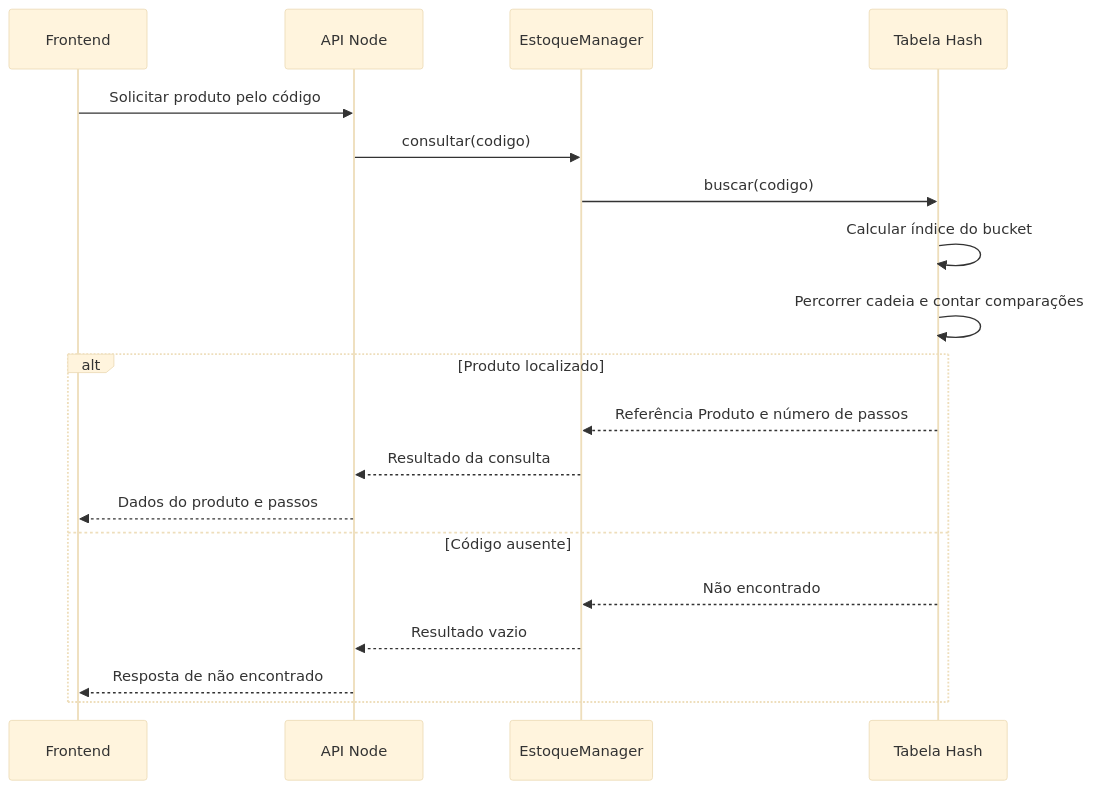
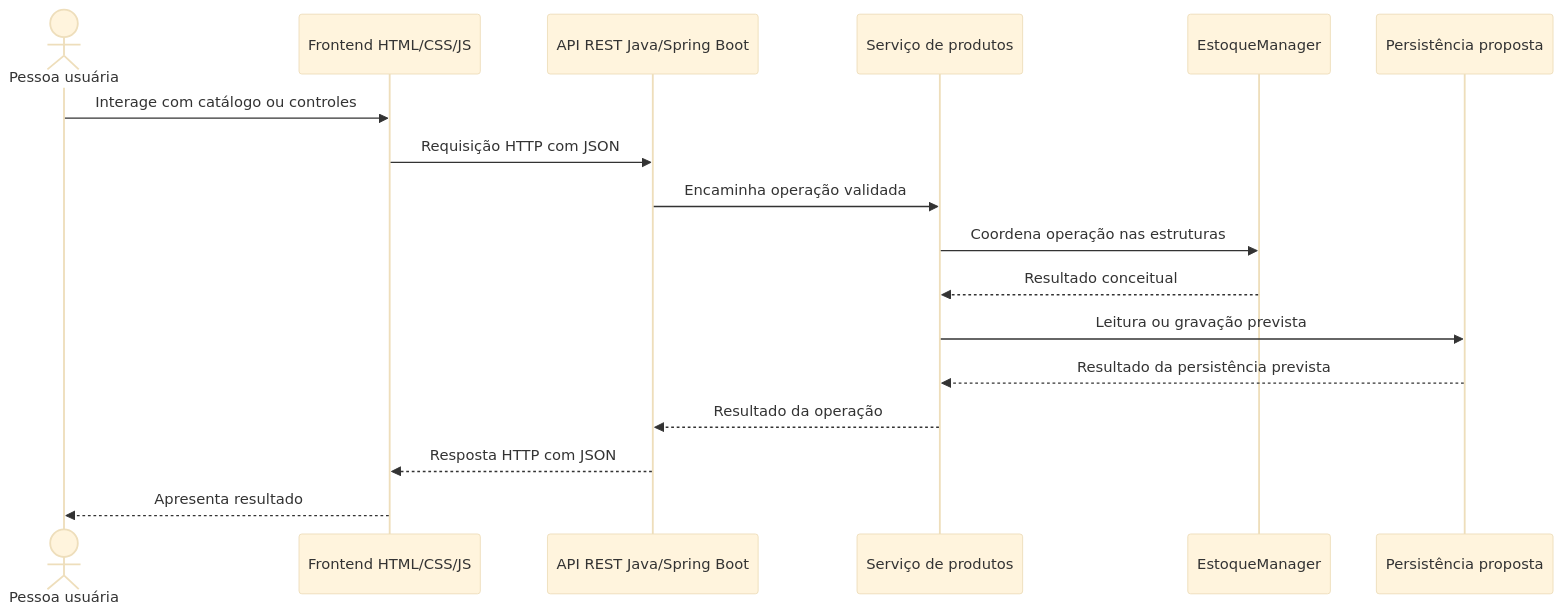
Before and after one commit to DEVguedes1/amazoff: the second of 7 diagrams in docs/MODELAGEM_MERMAID.md, drawn with Mermaid (base theme). The commit also changed other lines of this file and 32 other files, not shown here.

````diff
--- a/docs/MODELAGEM_MERMAID.md
+++ b/docs/MODELAGEM_MERMAID.md
@@ -168,21 +24,19 @@
 ```mermaid
 sequenceDiagram
-  participant F as Frontend
-  participant API as API Node
+  actor U as Pessoa usuária
+  participant FE as Frontend HTML/CSS/JS
+  participant API as API REST Java/Spring Boot
+  participant S as Serviço de produtos
   participant EM as EstoqueManager
-  participant H as Tabela Hash
-  F->>API: Solicitar produto pelo código
-  API->>EM: consultar(codigo)
-  EM->>H: buscar(codigo)
-  H->>H: Calcular índice do bucket
-  H->>H: Percorrer cadeia e contar comparações
-  alt Produto localizado
-    H-->>EM: Referência Produto e número de passos
-    EM-->>API: Resultado da consulta
-    API-->>F: Dados do produto e passos
-  else Código ausente
-    H-->>EM: Não encontrado
-    EM-->>API: Resultado vazio
-    API-->>F: Resposta de não encontrado
-  end
+  participant DB as Persistência proposta
+  U->>FE: Interage com catálogo ou controles
+  FE->>API: Requisição HTTP com JSON
+  API->>S: Encaminha operação validada
+  S->>EM: Coordena operação nas estruturas
+  EM-->>S: Resultado conceitual
+  S->>DB: Leitura ou gravação prevista
+  DB-->>S: Resultado da persistência prevista
+  S-->>API: Resultado da operação
+  API-->>FE: Resposta HTTP com JSON
+  FE-->>U: Apresenta resultado
 ```
````
